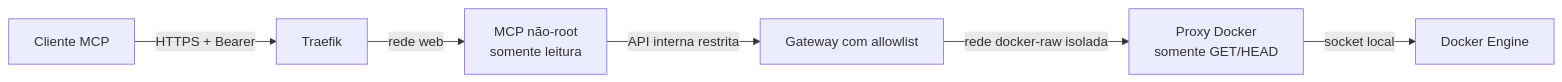
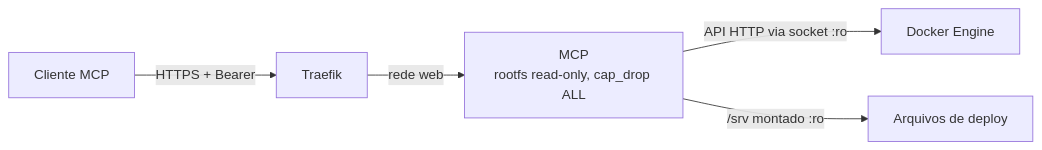
One commit to 1arley/vps-mcp changed the diagram in README.md. Above: the diagram before and after it, drawn with Mermaid. The commit also changed other lines of this file and 6 other files, not shown here.

````diff
--- a/README.md
+++ b/README.md
@@ -9,8 +9,7 @@
 ```mermaid
 flowchart LR
     C[Cliente MCP] -->|HTTPS + Bearer| T[Traefik]
-    T -->|rede web| M[MCP não-root<br/>somente leitura]
-    M -->|API interna restrita| G[Gateway com allowlist]
-    G -->|rede docker-raw isolada| P[Proxy Docker<br/>somente GET/HEAD]
-    P -->|socket local| D[Docker Engine]
+    T -->|rede web| M[MCP<br/>rootfs read-only, cap_drop ALL]
+    M -->|API HTTP via socket :ro| D[Docker Engine]
+    M -->|/srv montado :ro| S[Arquivos de deploy]
 ```
````
